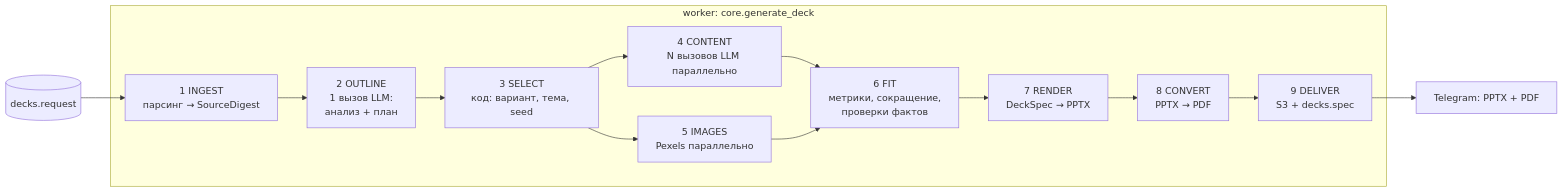
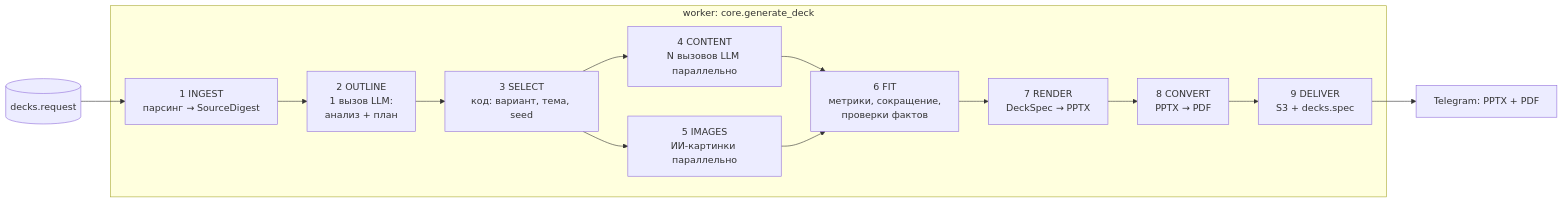
One commit to Alikashp/fibomy2.0.0 changed the first of 2 diagrams in docs/design/03_ARCHITECTURE.md. Above: the diagram before and after it, drawn with Mermaid. The commit also changed other lines of this file and 16 other files, not shown here.

````diff
--- a/docs/design/03_ARCHITECTURE.md
+++ b/docs/design/03_ARCHITECTURE.md
@@ -80,16 +98,16 @@
 ```mermaid
 flowchart LR
     REQ[(decks.request)] --> ING
     subgraph W[worker: core.generate_deck]
       ING["1 INGEST<br/>парсинг → SourceDigest"] --> OUT["2 OUTLINE<br/>1 вызов LLM:<br/>анализ + план"]
       OUT --> SEL["3 SELECT<br/>код: вариант, тема, seed"]
       SEL --> CON["4 CONTENT<br/>N вызовов LLM параллельно"]
-      SEL --> IMG["5 IMAGES<br/>Pexels параллельно"]
+      SEL --> IMG["5 IMAGES<br/>ИИ-картинки параллельно"]
       CON --> FIT["6 FIT<br/>метрики, сокращение,<br/>проверки фактов"]
       IMG --> FIT
       FIT --> REN["7 RENDER<br/>DeckSpec → PPTX"]
       REN --> CNV["8 CONVERT<br/>PPTX → PDF"]
       CNV --> DEL["9 DELIVER<br/>S3 + decks.spec"]
     end
     DEL --> TG[Telegram: PPTX + PDF]
 ```
````
